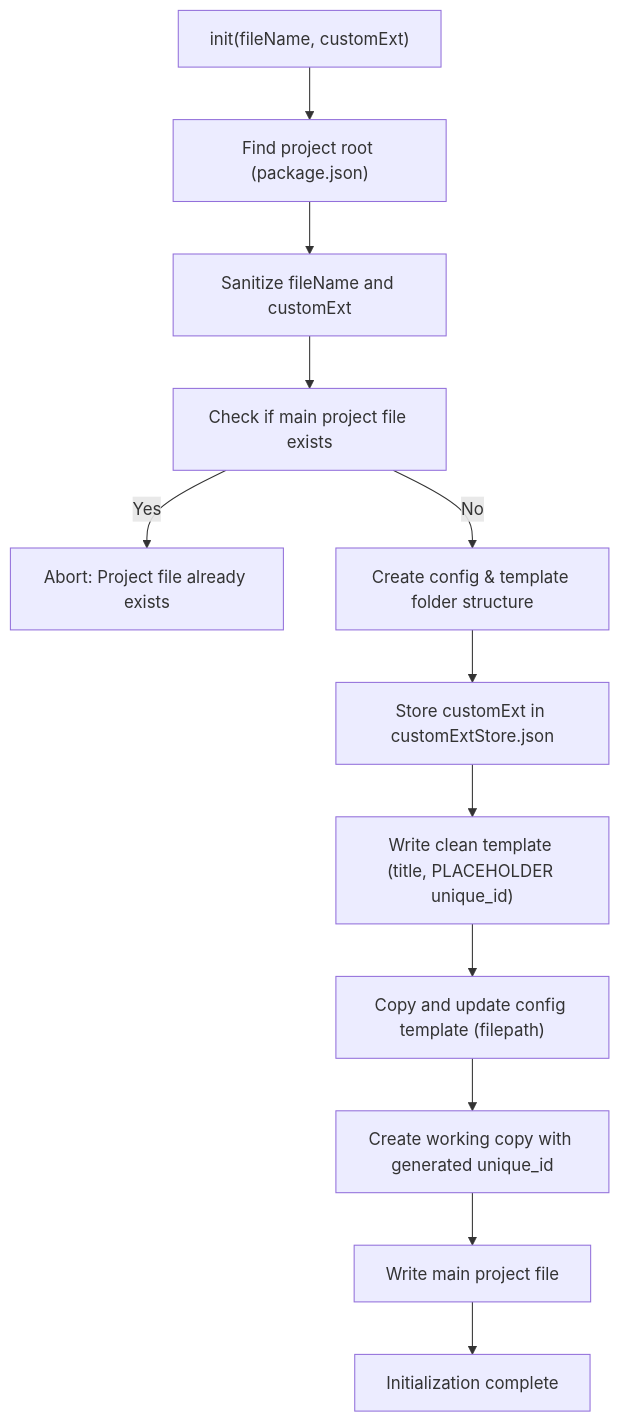
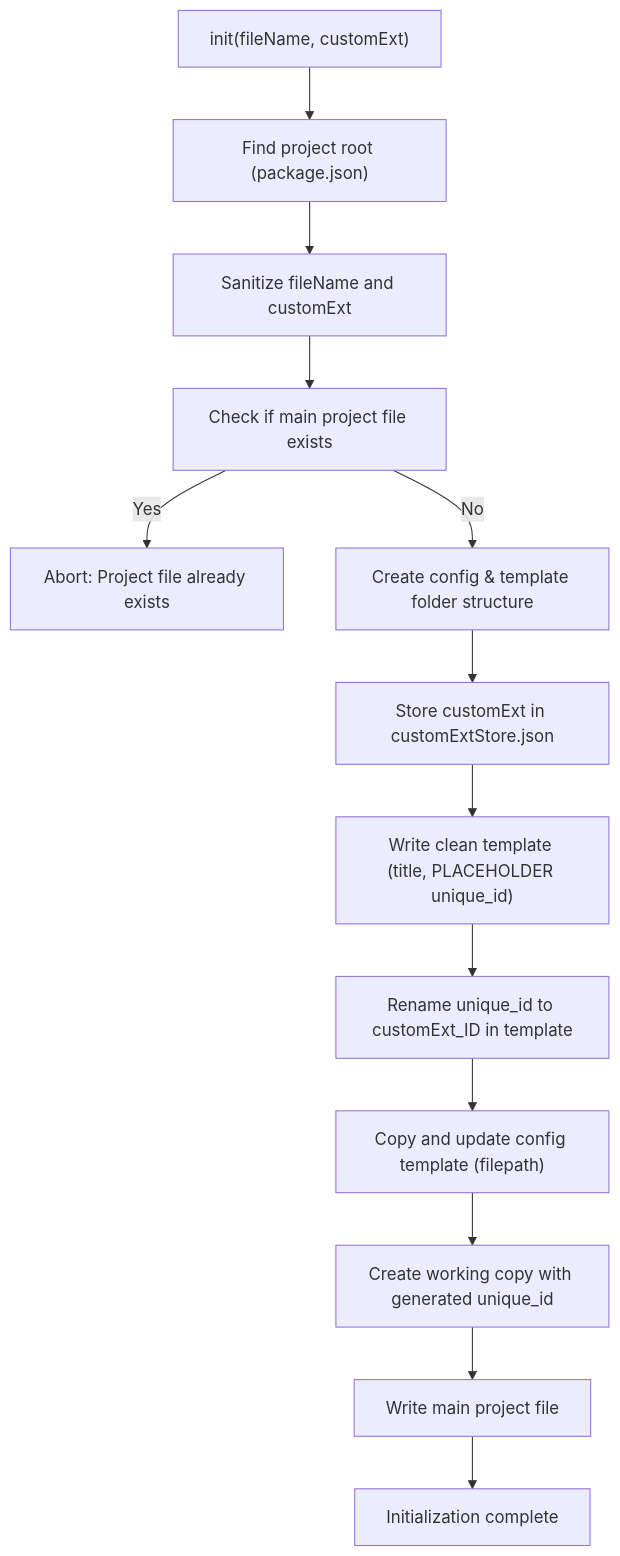
The second of 4 diagrams in flathier.reqt.md (fred-terzi/flathier), drawn with Mermaid before and after one commit. The commit also changed 4 other files, not shown here.

Commit message:
feat: add moveDown test to validate item movement and outline recomputation; update project and template files

````diff
--- a/flathier.reqt.md
+++ b/flathier.reqt.md
@@ -27,14 +27,15 @@
 ```mermaid
 flowchart TD
     A["init(fileName, customExt)"] --> B["Find project root (package.json)"]
     B --> C["Sanitize fileName and customExt"]
     C --> D["Check if main project file exists"]
     D -- Yes --> E["Abort: Project file already exists"]
     D -- No --> F["Create config & template folder structure"]
     F --> G["Store customExt in customExtStore.json"]
     G --> H["Write clean template (title, PLACEHOLDER unique_id)"]
-    H --> I["Copy and update config template (filepath)"]
-    I --> J["Create working copy with generated unique_id"]
-    J --> K["Write main project file"]
-    K --> L["Initialization complete"]
+    H --> I["Rename unique_id to customExt_ID in template"]
+    I --> J["Copy and update config template (filepath)"]
+    J --> K["Create working copy with generated unique_id"]
+    K --> L["Write main project file"]
+    L --> M["Initialization complete"]
 ```
````
